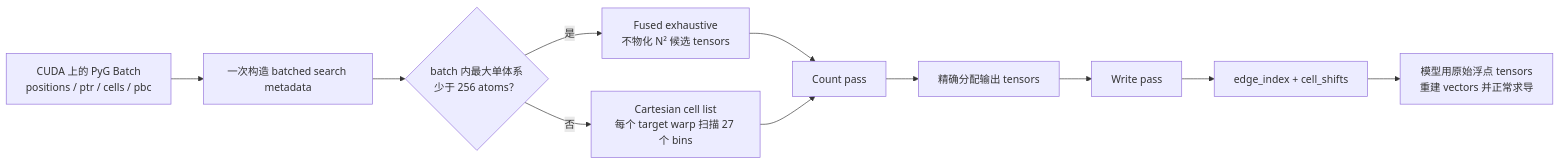
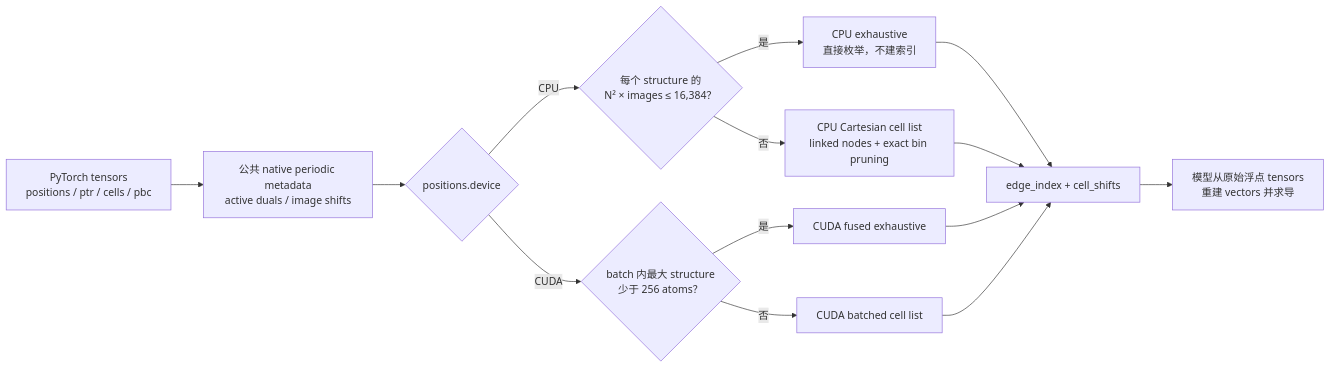
One commit to songfeitong/tonari changed the diagram in docs/algorithm-overview.md. Above: the diagram before and after it, drawn with Mermaid. The commit also changed other lines of this file and 5 other files, not shown here.

````diff
--- a/docs/algorithm-overview.md
+++ b/docs/algorithm-overview.md
@@ -19,13 +21,16 @@
 ```mermaid
 flowchart LR
-    A["CUDA 上的 PyG Batch<br/>positions / ptr / cells / pbc"] --> B["一次构造 batched search metadata"]
-    B --> C{"batch 内最大单体系<br/>少于 256 atoms？"}
-    C -- "是" --> D["Fused exhaustive<br/>不物化 N² 候选 tensors"]
-    C -- "否" --> E["Cartesian cell list<br/>每个 target warp 扫描 27 个 bins"]
-    D --> F["Count pass"]
-    E --> F
-    F --> G["精确分配输出 tensors"]
-    G --> H["Write pass"]
-    H --> I["edge_index + cell_shifts"]
-    I --> J["模型用原始浮点 tensors<br/>重建 vectors 并正常求导"]
+    A["PyTorch tensors<br/>positions / ptr / cells / pbc"] --> B["公共 native periodic metadata<br/>active duals / image shifts"]
+    B --> C{"positions.device"}
+    C -- "CPU" --> D{"每个 structure 的<br/>N² × images ≤ 16,384？"}
+    D -- "是" --> E["CPU exhaustive<br/>直接枚举，不建索引"]
+    D -- "否" --> F["CPU Cartesian cell list<br/>linked nodes + exact bin pruning"]
+    C -- "CUDA" --> G{"batch 内最大 structure<br/>少于 256 atoms？"}
+    G -- "是" --> H["CUDA fused exhaustive"]
+    G -- "否" --> I["CUDA batched cell list"]
+    E --> J["edge_index + cell_shifts"]
+    F --> J
+    H --> J
+    I --> J
+    J --> K["模型从原始浮点 tensors<br/>重建 vectors 并求导"]
 ```
````
